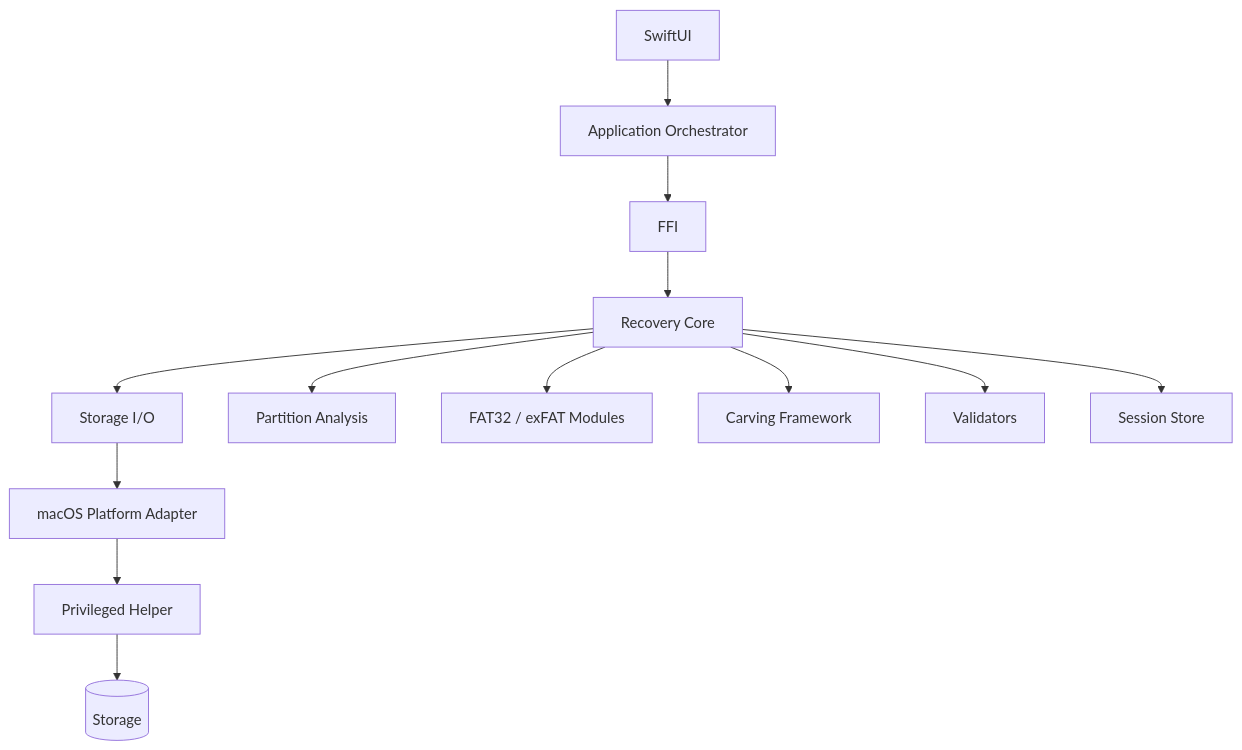
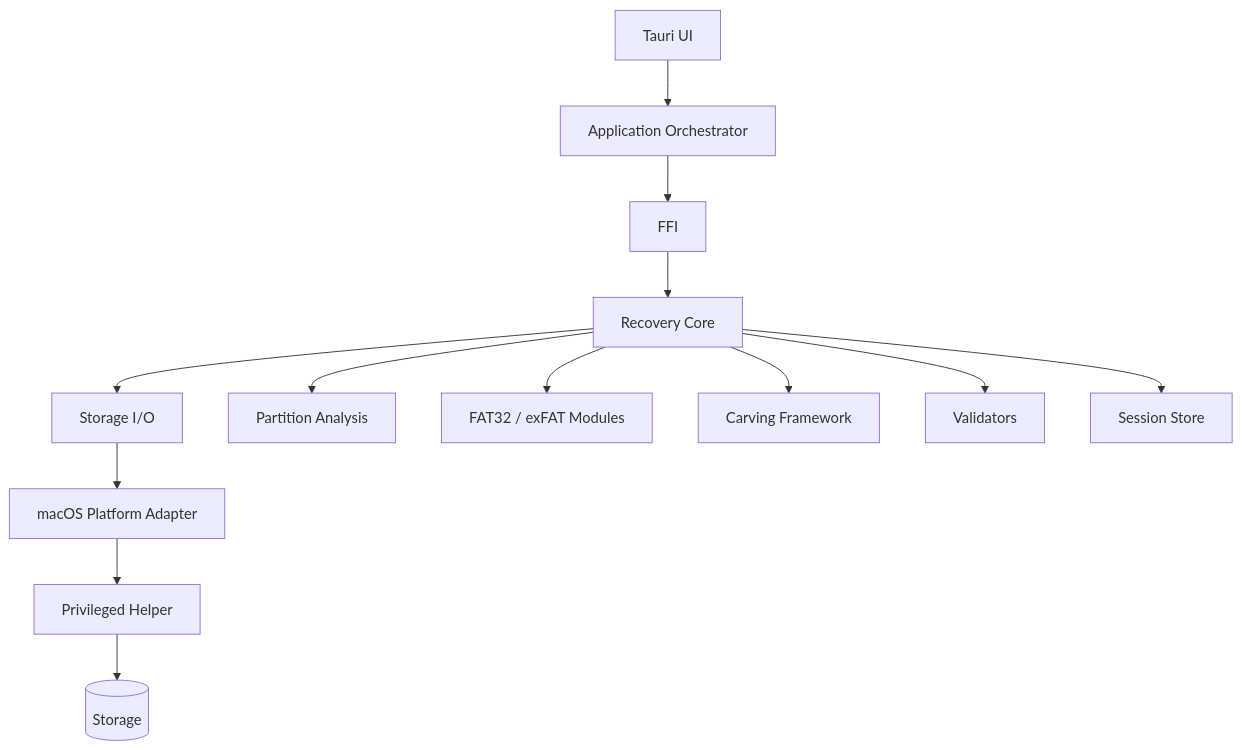
The diagram in docs/diagrams/COMPONENT_ARCHITECTURE.md (pranay-tecnomi/data-recovery), drawn with Mermaid before and after one commit. The commit also changed 16 other files, not shown here.

````diff
--- a/docs/diagrams/COMPONENT_ARCHITECTURE.md
+++ b/docs/diagrams/COMPONENT_ARCHITECTURE.md
@@ -3,15 +3,15 @@
 ```mermaid
 flowchart TB
- UI[SwiftUI] --> APP[Application Orchestrator]
+ UI[Tauri UI] --> APP[Application Orchestrator]
  APP --> FFI[FFI]
  FFI --> CORE[Recovery Core]
  CORE --> IO[Storage I/O]
  CORE --> PART[Partition Analysis]
  CORE --> FS[FAT32 / exFAT Modules]
  CORE --> CARVE[Carving Framework]
  CORE --> VAL[Validators]
  CORE --> STORE[Session Store]
  IO --> ADAPTER[macOS Platform Adapter]
  ADAPTER --> XPC[Privileged Helper]
  XPC --> DEV[(Storage)]
 ```
````
